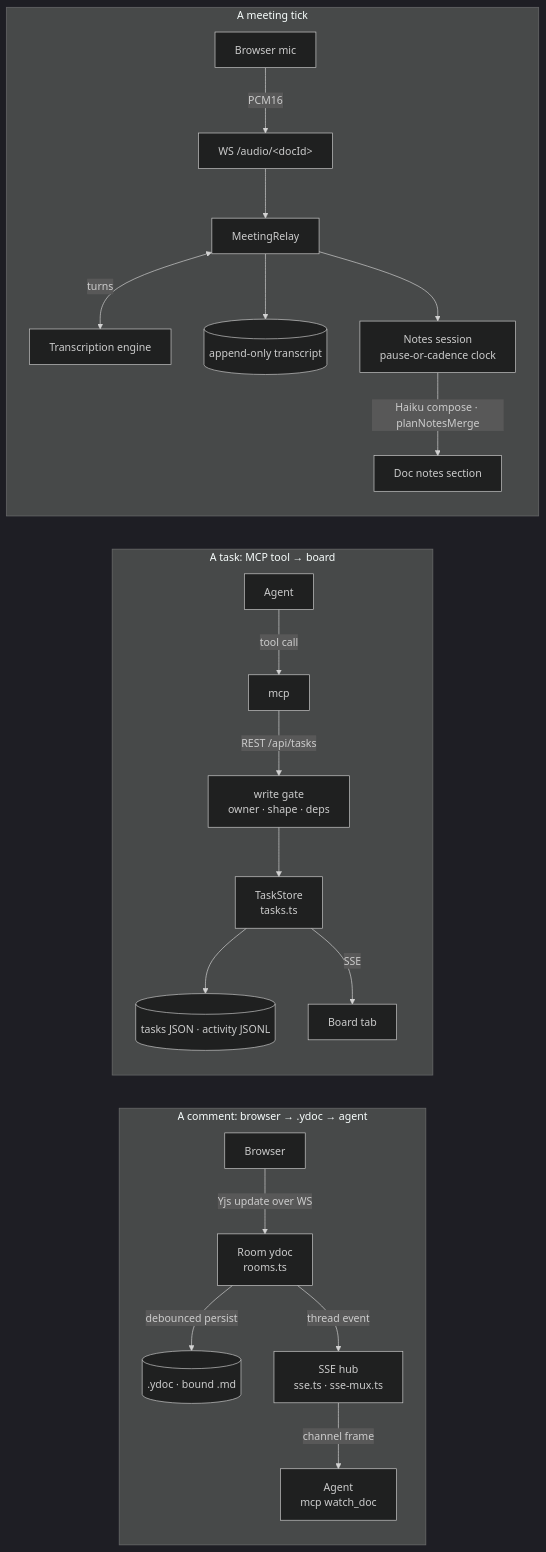
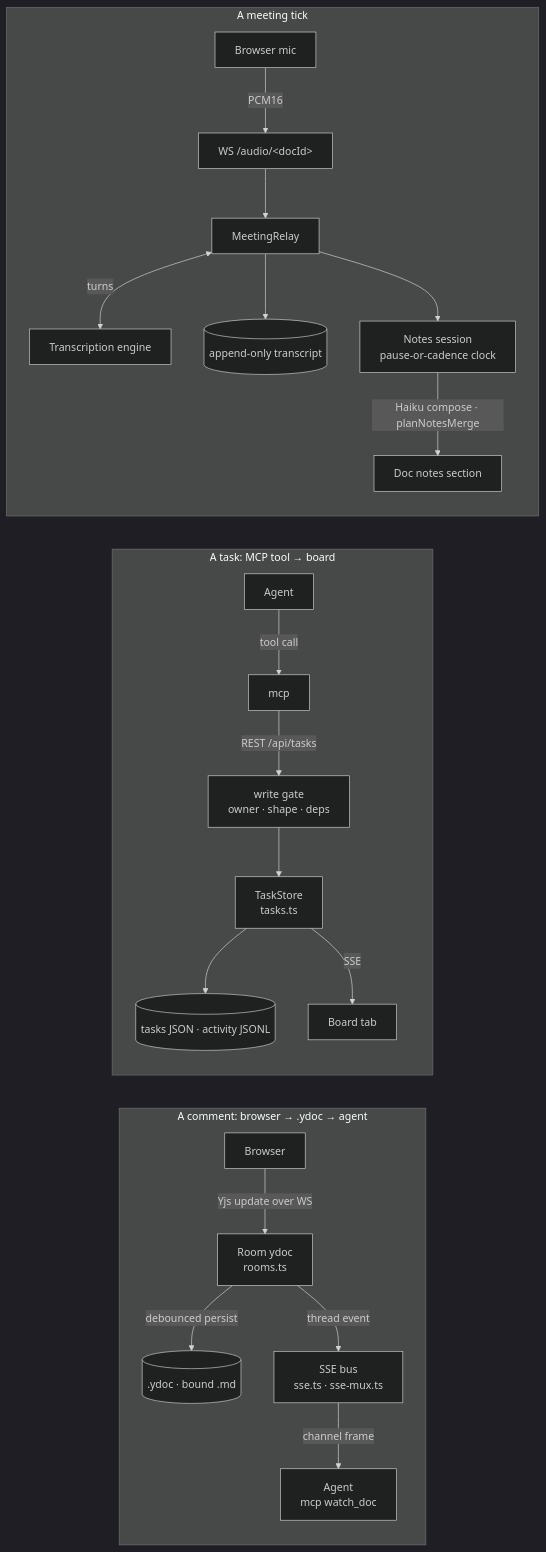
One commit to fryanpan/claude-live-feedback-plugin changed the second of 2 diagrams in docs/architecture/overview.md. Above: the diagram before and after it, drawn with Mermaid (dark theme). The commit also changed other lines of this file and 15 other files, not shown here.

````diff
--- a/docs/architecture/overview.md
+++ b/docs/architecture/overview.md
@@ -117,21 +117,21 @@
 ```mermaid
 flowchart LR
   subgraph f1["A comment: browser → .ydoc → agent"]
     B1[Browser] -->|Yjs update over WS| R1["Room ydoc<br/>rooms.ts"]
     R1 -->|debounced persist| Y1[(".ydoc · bound .md")]
-    R1 -->|thread event| S1["SSE hub<br/>sse.ts · sse-mux.ts"]
+    R1 -->|thread event| S1["SSE bus<br/>sse.ts · sse-mux.ts"]
     S1 -->|channel frame| A1["Agent<br/>mcp watch_doc"]
   end
   subgraph f2["A task: MCP tool → board"]
     A2[Agent] -->|tool call| M2[mcp] -->|"REST /api/tasks"| G2["write gate<br/>owner · shape · deps"]
     G2 --> T2["TaskStore<br/>tasks.ts"] --> J2[("tasks JSON · activity JSONL")]
     T2 -->|SSE| H2[Board tab]
   end
   subgraph f3["A meeting tick"]
     Mic[Browser mic] -->|PCM16| W3["WS /audio/&lt;docId&gt;"] --> Rl[MeetingRelay]
     Rl <-->|turns| En[Transcription engine]
     Rl --> St[("append-only transcript")]
     Rl --> N3["Notes session<br/>pause-or-cadence clock"]
     N3 -->|"Haiku compose · planNotesMerge"| D3[Doc notes section]
   end
 ```
````
